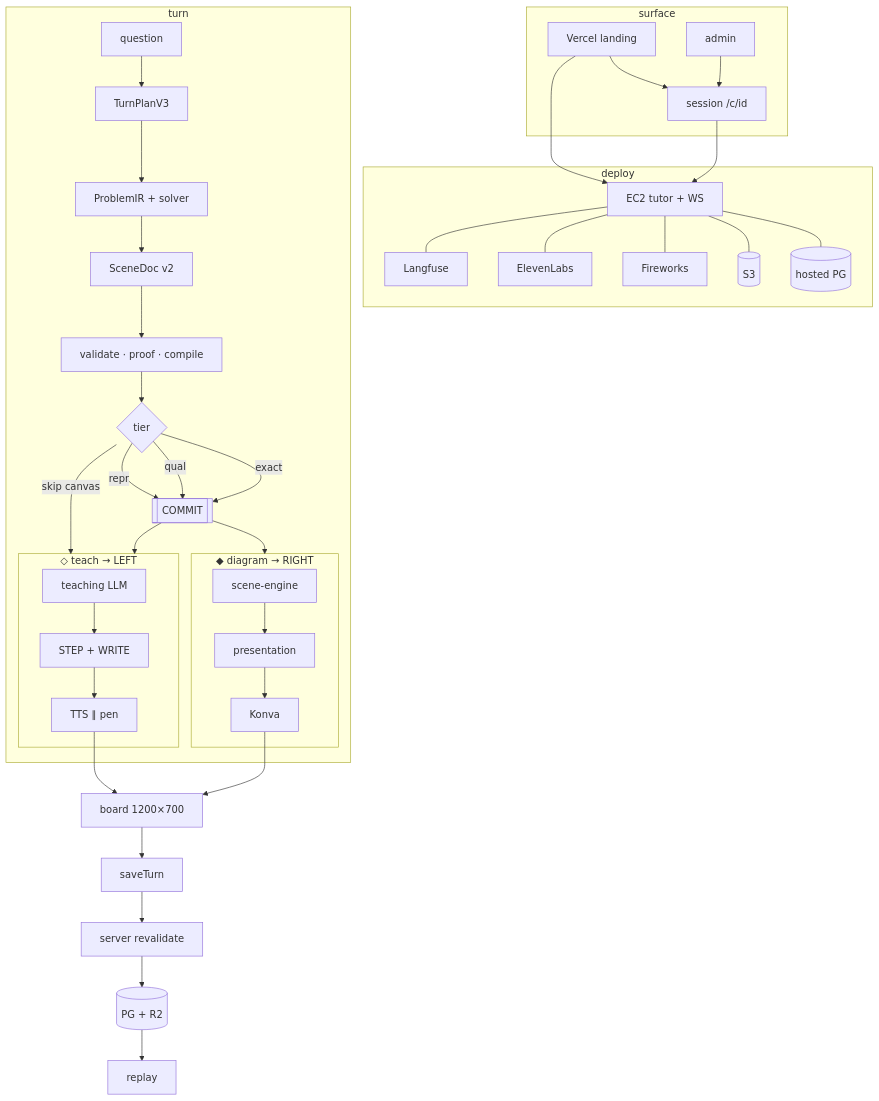
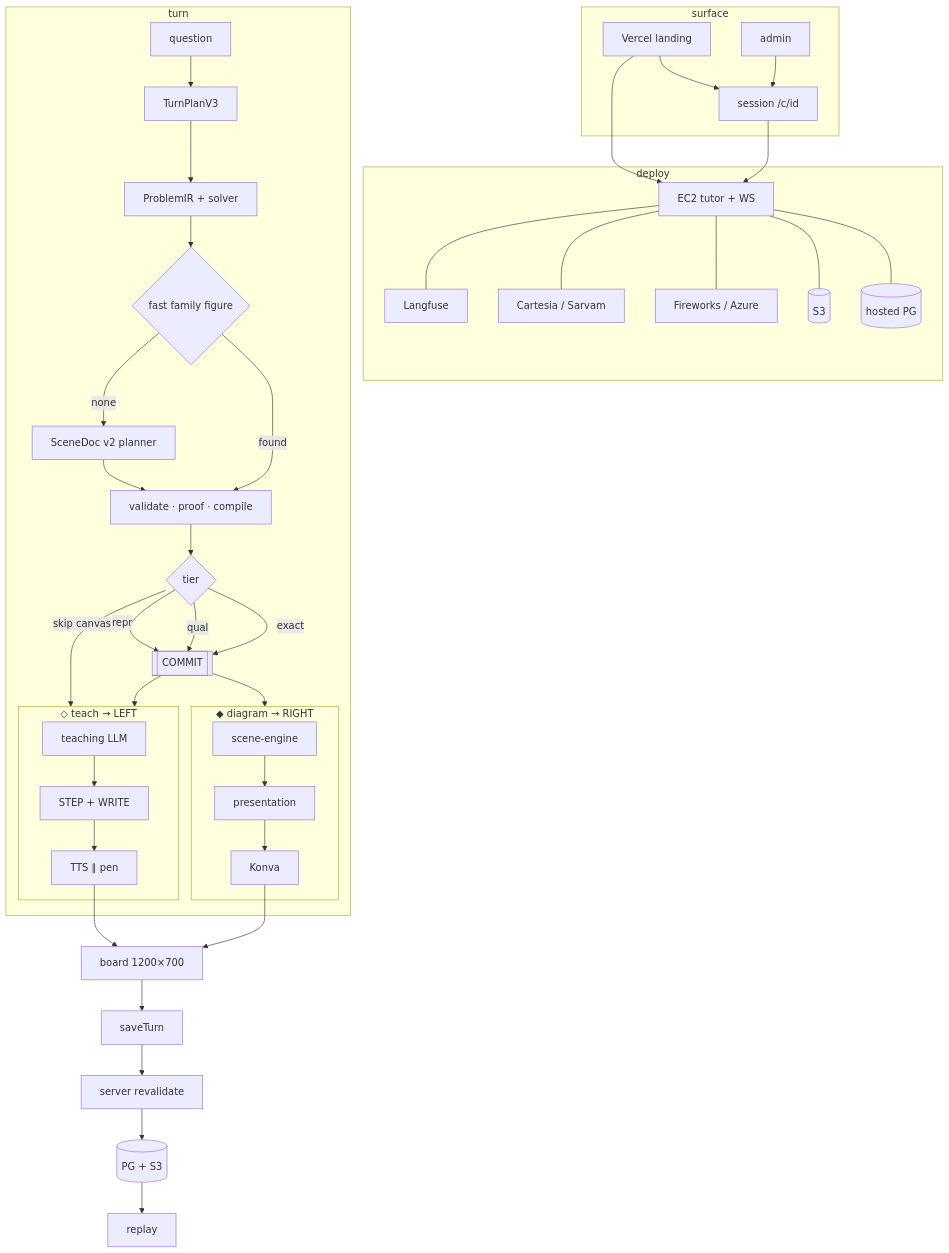
Before and after one commit to kaizen403/heytutor: the diagram in start.md, drawn with Mermaid. The commit also changed other lines of this file and 17 other files, not shown here.

````diff
--- a/start.md
+++ b/start.md
@@ -7,53 +7,55 @@
 ```mermaid
 flowchart TB
   subgraph surface
     landing[landing]
     session["session /c/id"]
     admin[admin]
   end
   landing --> session
   admin --> session
 
   subgraph deploy
     landing[Vercel landing]
     ec2[EC2 tutor + WS]
     landing --> ec2
     ec2 --- pg[(hosted PG)]
     ec2 --- s3[(S3)]
-    ec2 --- fw[Fireworks]
-    ec2 --- el[ElevenLabs]
+    ec2 --- llm[Fireworks / Azure]
+    ec2 --- tts[Cartesia / Sarvam]
     ec2 --- lf[Langfuse]
   end
   session --> ec2
 
   subgraph turn
     Q[question] --> Plan[TurnPlanV3]
     Plan --> IR["ProblemIR + solver"]
-    IR --> Scene[SceneDoc v2]
+    IR --> Fast{fast family figure}
+    Fast -->|found| Prove
+    Fast -->|none| Scene[SceneDoc v2 planner]
     Scene --> Prove[validate · proof · compile]
     Prove --> Tier{tier}
     Tier -->|exact| Commit[[COMMIT]]
     Tier -->|qual| Commit
     Tier -->|repr| Commit
     Tier -->|skip canvas| Teach
     Commit --> Diagram
     Commit --> Teach
   end
 
   subgraph Teach["◇ teach → LEFT"]
     LLM[teaching LLM] --> Step["STEP + WRITE"]
     Step --> Pen["TTS ∥ pen"]
   end
 
   subgraph Diagram["◆ diagram → RIGHT"]
     SE[scene-engine] --> Pres[presentation]
     Pres --> KR[Konva]
   end
 
   KR --> Board["board 1200×700"]
   Pen --> Board
   Board --> Save[saveTurn]
   Save --> Trust[server revalidate]
-  Trust --> Store[(PG + R2)]
+  Trust --> Store[(PG + S3)]
   Store --> Replay[replay]
 ```
````
